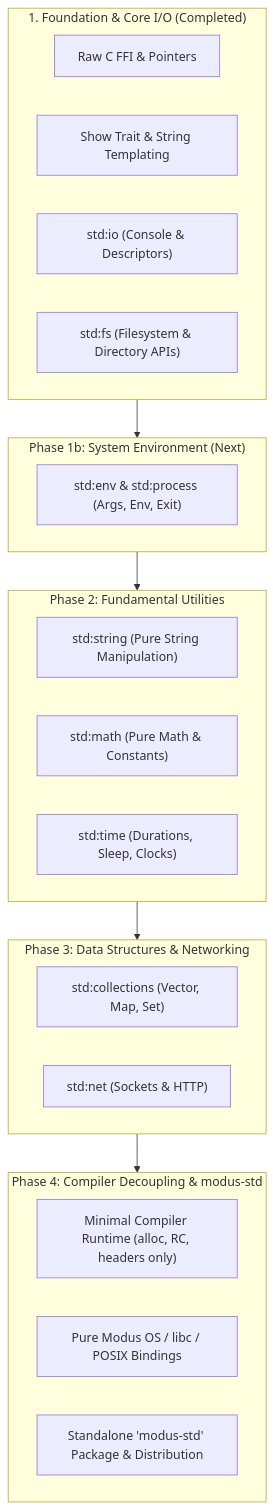
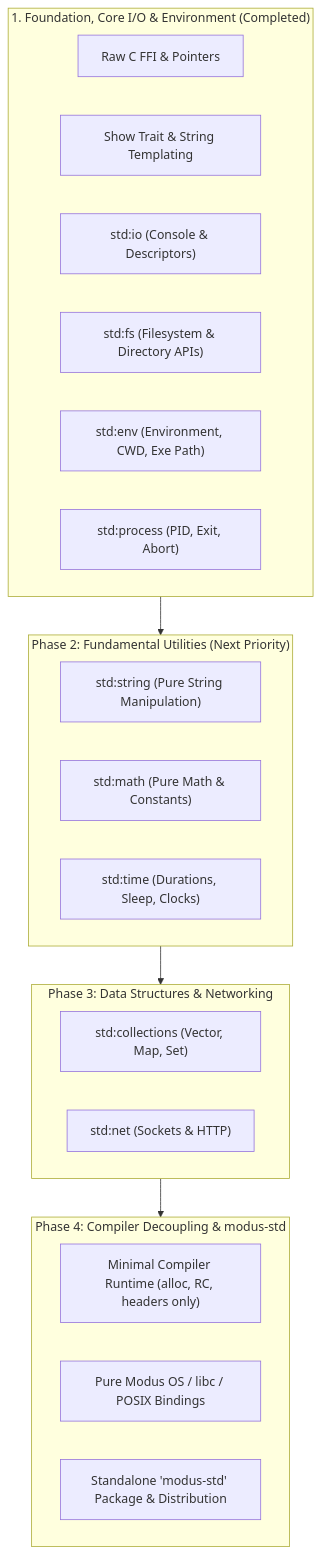
The diagram in docs/STDLIB.md (karmakarmeghdip/Modus), drawn with Mermaid before and after one commit. The commit also changed other lines of this file and 8 other files, not shown here.

Commit message:
feat: added env and process stdlib

````diff
--- a/docs/STDLIB.md
+++ b/docs/STDLIB.md
@@ -139,35 +162,32 @@
 ```mermaid
 flowchart TD
-    subgraph Foundation["1. Foundation & Core I/O (Completed)"]
+    subgraph Foundation["1. Foundation, Core I/O & Environment (Completed)"]
         FFI["Raw C FFI & Pointers"]
         SHOW["Show Trait & String Templating"]
         IO["std:io (Console & Descriptors)"]
         FS["std:fs (Filesystem & Directory APIs)"]
+        ENV["std:env (Environment, CWD, Exe Path)"]
+        PROC["std:process (PID, Exit, Abort)"]
     end
 
-    subgraph Phase1b["Phase 1b: System Environment (Next)"]
-        ENV["std:env & std:process (Args, Env, Exit)"]
-    end
-
-    subgraph Phase2["Phase 2: Fundamental Utilities"]
+    subgraph Phase2["Phase 2: Fundamental Utilities (Next Priority)"]
         STR["std:string (Pure String Manipulation)"]
         MATH["std:math (Pure Math & Constants)"]
         TIME["std:time (Durations, Sleep, Clocks)"]
     end
 
     subgraph Phase3["Phase 3: Data Structures & Networking"]
         COLL["std:collections (Vector, Map, Set)"]
         NET["std:net (Sockets & HTTP)"]
     end
 
     subgraph Phase4["Phase 4: Compiler Decoupling & modus-std"]
         MIN_RT["Minimal Compiler Runtime (alloc, RC, headers only)"]
         PURE_FFI["Pure Modus OS / libc / POSIX Bindings"]
         STANDALONE["Standalone 'modus-std' Package & Distribution"]
     end
 
-    Foundation --> Phase1b
-    Phase1b --> Phase2
+    Foundation --> Phase2
     Phase2 --> Phase3
     Phase3 --> Phase4
 ```
````
